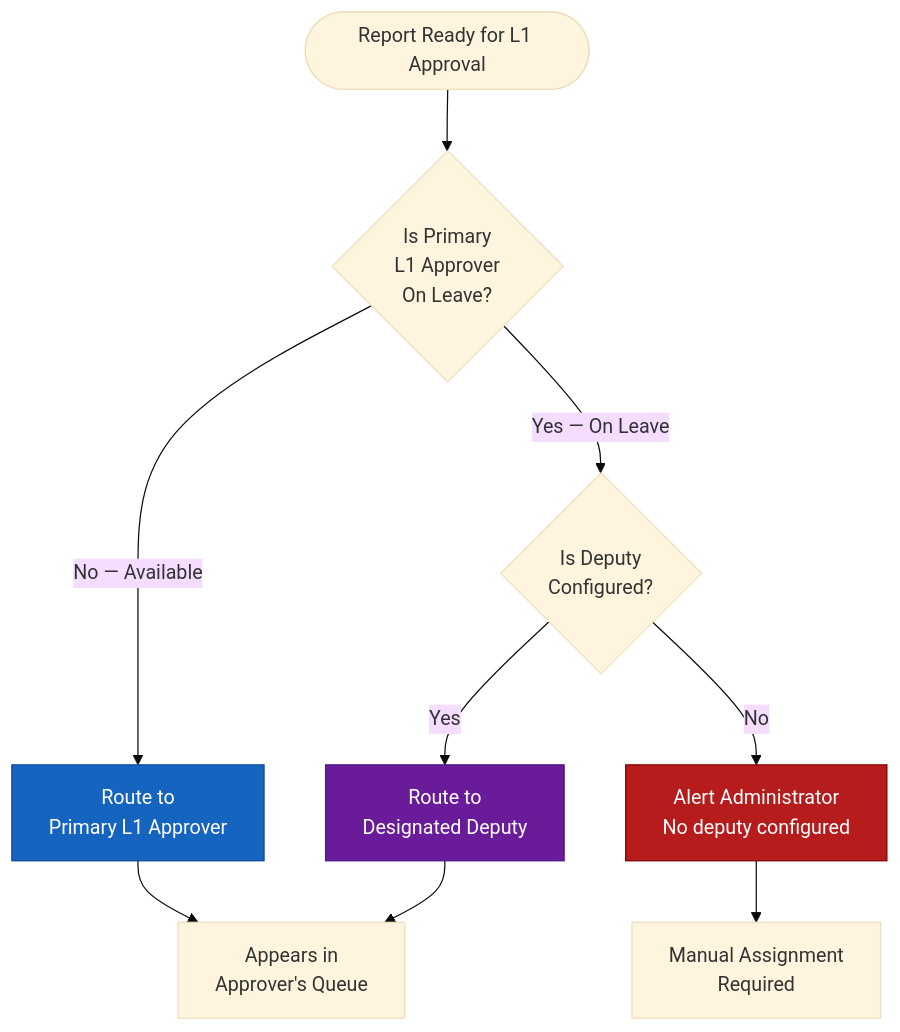
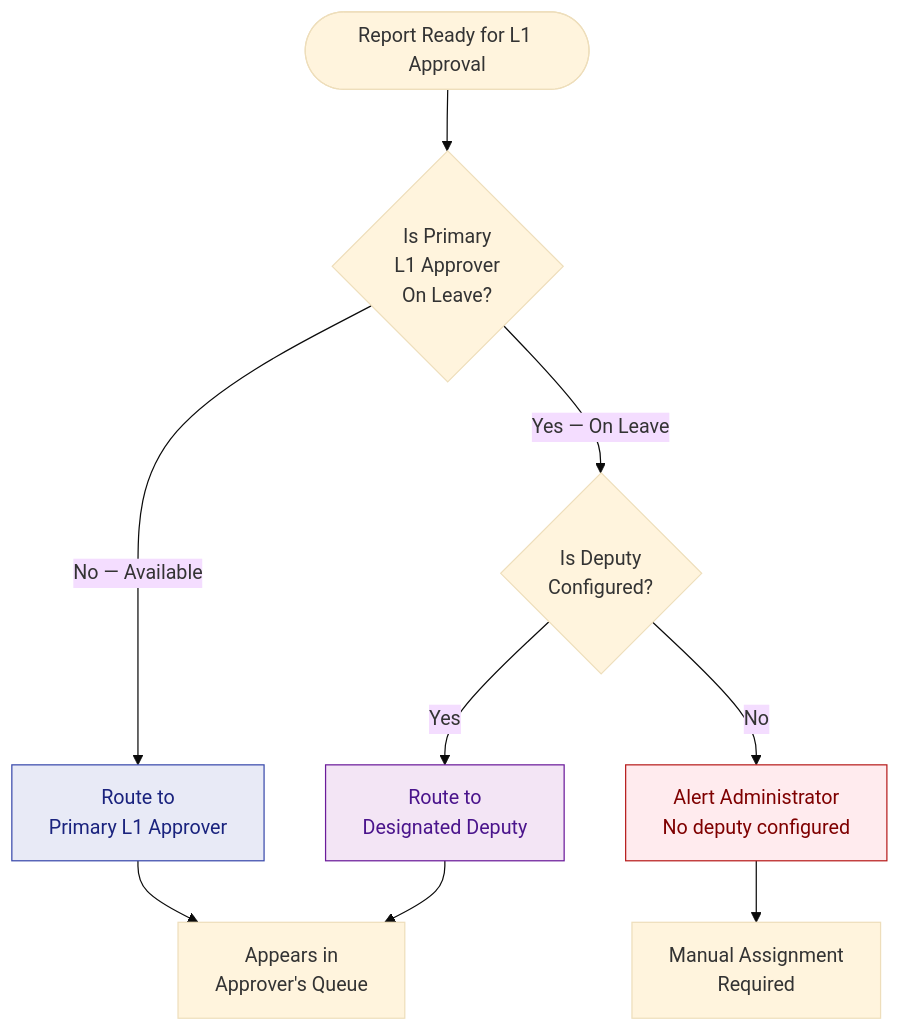
The third of 3 diagrams in docs/diagrams/approval-workflow.md (mazharr-hussain/KycReport), drawn with Mermaid (base theme) before and after one commit. The commit also changed other lines of this file and 7 other files, not shown here.

First line of the commit message:
Switch all diagrams to light pastel palette with dark text

````diff
--- a/docs/diagrams/approval-workflow.md
+++ b/docs/diagrams/approval-workflow.md
@@ -92,20 +92,20 @@
 ```mermaid
 flowchart TD
     SUBMIT([Report Ready for L1 Approval]) --> CHECK
 
     CHECK{Is Primary\nL1 Approver\nOn Leave?}
 
     CHECK -->|No — Available| PRIMARY[Route to\nPrimary L1 Approver]
     CHECK -->|Yes — On Leave| DEPUTY{Is Deputy\nConfigured?}
 
     DEPUTY -->|Yes| ROUTE_DEPUTY[Route to\nDesignated Deputy]
     DEPUTY -->|No| ALERT[Alert Administrator\nNo deputy configured]
 
     PRIMARY --> QUEUE[Appears in\nApprover's Queue]
     ROUTE_DEPUTY --> QUEUE
     ALERT --> MANUAL[Manual Assignment\nRequired]
 
-    style PRIMARY fill:#1565C0,color:#fff,stroke:#0D47A1
-    style ROUTE_DEPUTY fill:#6A1B9A,color:#fff,stroke:#4A148C
-    style ALERT fill:#B71C1C,color:#fff,stroke:#7F0000
+    style PRIMARY fill:#E8EAF6,color:#1A237E,stroke:#3949AB
+    style ROUTE_DEPUTY fill:#F3E5F5,color:#4A148C,stroke:#6A1B9A
+    style ALERT fill:#FFEBEE,color:#7F0000,stroke:#B71C1C
 ```
````
